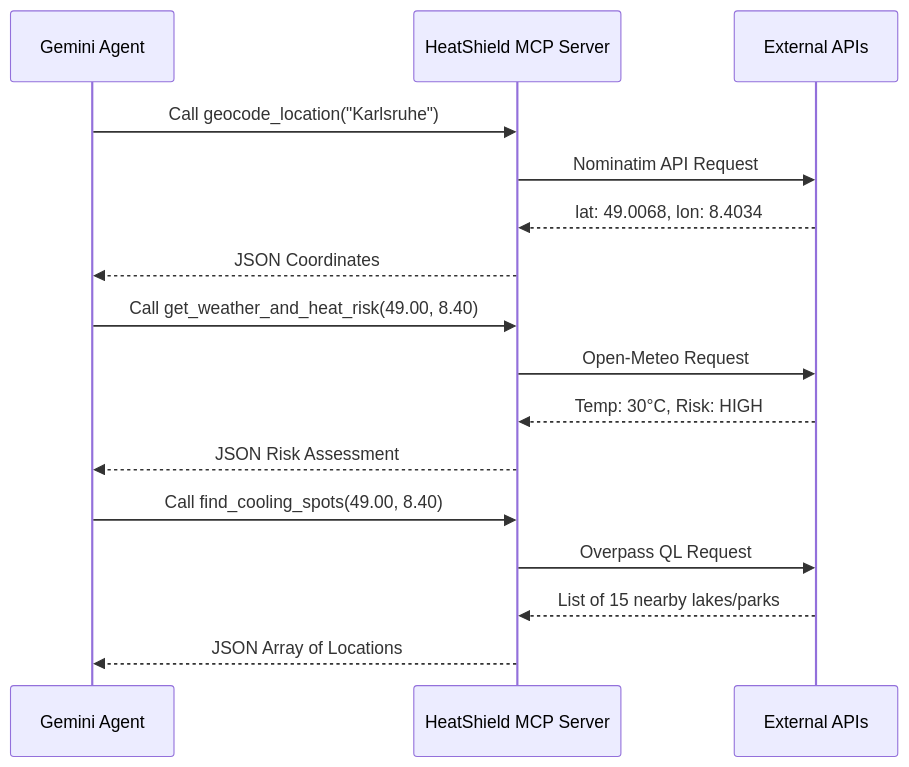
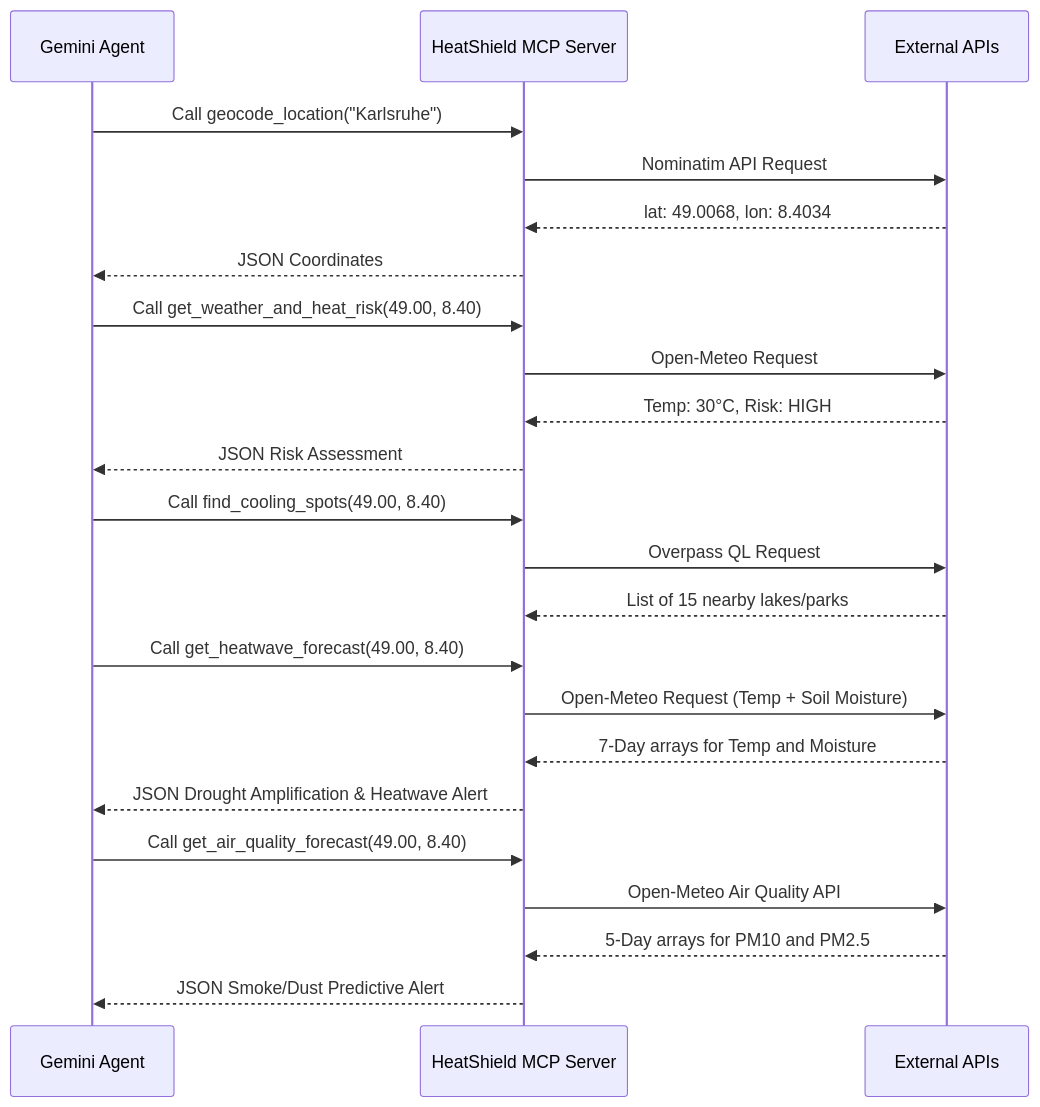
The second of 3 diagrams in ARCHITECTURE.md (AscilCH/heatshield-mcp), drawn with Mermaid before and after one commit. The commit also changed other lines of this file, not shown here.

Commit message:
Docs: Updated architecture diagram with React data flows, geolocation context, and multi-modal predictive forecasting APIs.

````diff
--- a/ARCHITECTURE.md
+++ b/ARCHITECTURE.md
@@ -36,21 +37,29 @@
 ```mermaid
 sequenceDiagram
     participant LLM as Gemini Agent
     participant MCP as HeatShield MCP Server
     participant APIs as External APIs
     
     LLM->>MCP: Call geocode_location("Karlsruhe")
     MCP->>APIs: Nominatim API Request
     APIs-->>MCP: lat: 49.0068, lon: 8.4034
     MCP-->>LLM: JSON Coordinates
     
     LLM->>MCP: Call get_weather_and_heat_risk(49.00, 8.40)
     MCP->>APIs: Open-Meteo Request
     APIs-->>MCP: Temp: 30°C, Risk: HIGH
     MCP-->>LLM: JSON Risk Assessment
     
     LLM->>MCP: Call find_cooling_spots(49.00, 8.40)
     MCP->>APIs: Overpass QL Request
     APIs-->>MCP: List of 15 nearby lakes/parks
-    MCP-->>LLM: JSON Array of Locations
+    LLM->>MCP: Call get_heatwave_forecast(49.00, 8.40)
+    MCP->>APIs: Open-Meteo Request (Temp + Soil Moisture)
+    APIs-->>MCP: 7-Day arrays for Temp and Moisture
+    MCP-->>LLM: JSON Drought Amplification & Heatwave Alert
+    
+    LLM->>MCP: Call get_air_quality_forecast(49.00, 8.40)
+    MCP->>APIs: Open-Meteo Air Quality API
+    APIs-->>MCP: 5-Day arrays for PM10 and PM2.5
+    MCP-->>LLM: JSON Smoke/Dust Predictive Alert
 ```
````
